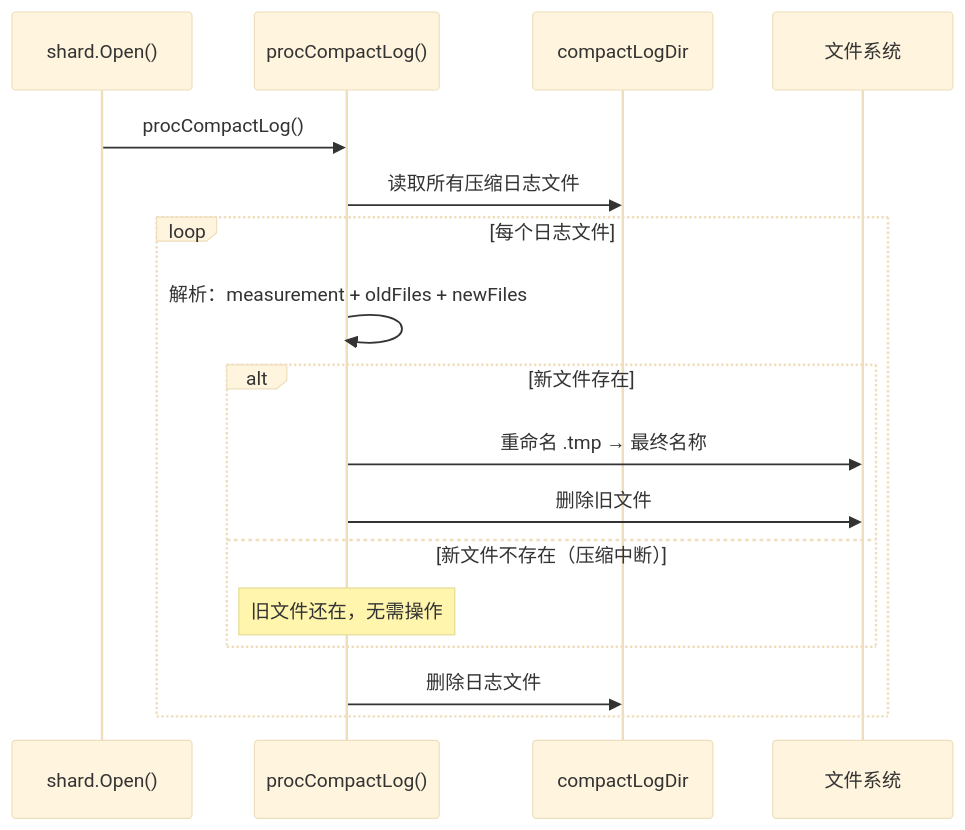
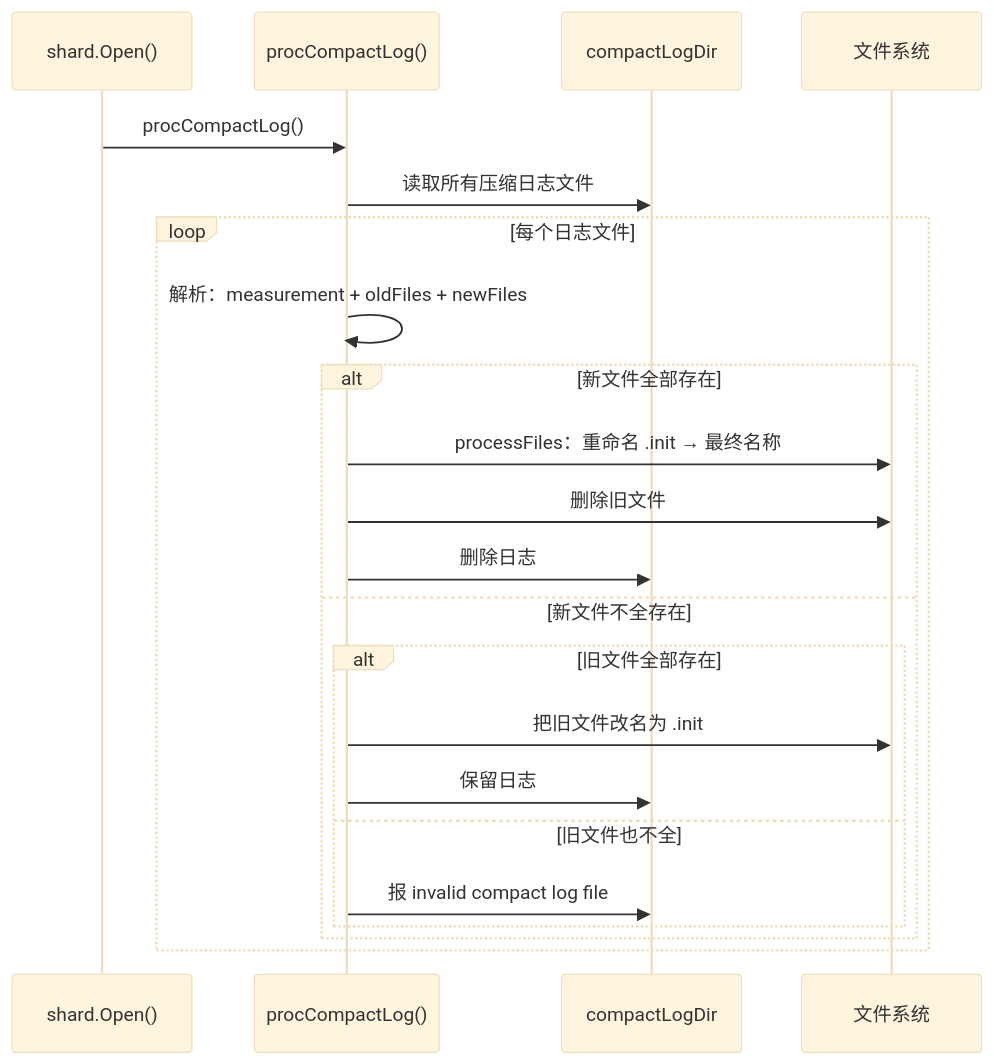
The tenth of 33 diagrams in docs/specs/04_background_tasks_spec.md (stefanv5/openGemini), drawn with Mermaid (base theme) before and after one commit. The commit also changed other lines of this file and 37 other files, not shown here.

````diff
--- a/docs/specs/04_background_tasks_spec.md
+++ b/docs/specs/04_background_tasks_spec.md
@@ -1059,23 +1062,27 @@
 ```mermaid
 sequenceDiagram
     participant Start as shard.Open()
     participant Recover as procCompactLog()
     participant Log as compactLogDir
     participant FS as 文件系统
 
     Start->>Recover: procCompactLog()
     Recover->>Log: 读取所有压缩日志文件
 
     loop 每个日志文件
         Recover->>Recover: 解析：measurement + oldFiles + newFiles
 
-        alt 新文件存在
-            Recover->>FS: 重命名 .tmp → 最终名称
+        alt 新文件全部存在
+            Recover->>FS: processFiles：重命名 .init → 最终名称
             Recover->>FS: 删除旧文件
-        else 新文件不存在（压缩中断）
-            Note over Recover: 旧文件还在，无需操作
+            Recover->>Log: 删除日志
+        else 新文件不全存在
+            alt 旧文件全部存在
+                Recover->>FS: 把旧文件改名为 .init
+                Recover->>Log: 保留日志
+            else 旧文件也不全
+                Recover->>Log: 报 invalid compact log file
+            end
         end
-
-        Recover->>Log: 删除日志文件
     end
 ```
````
